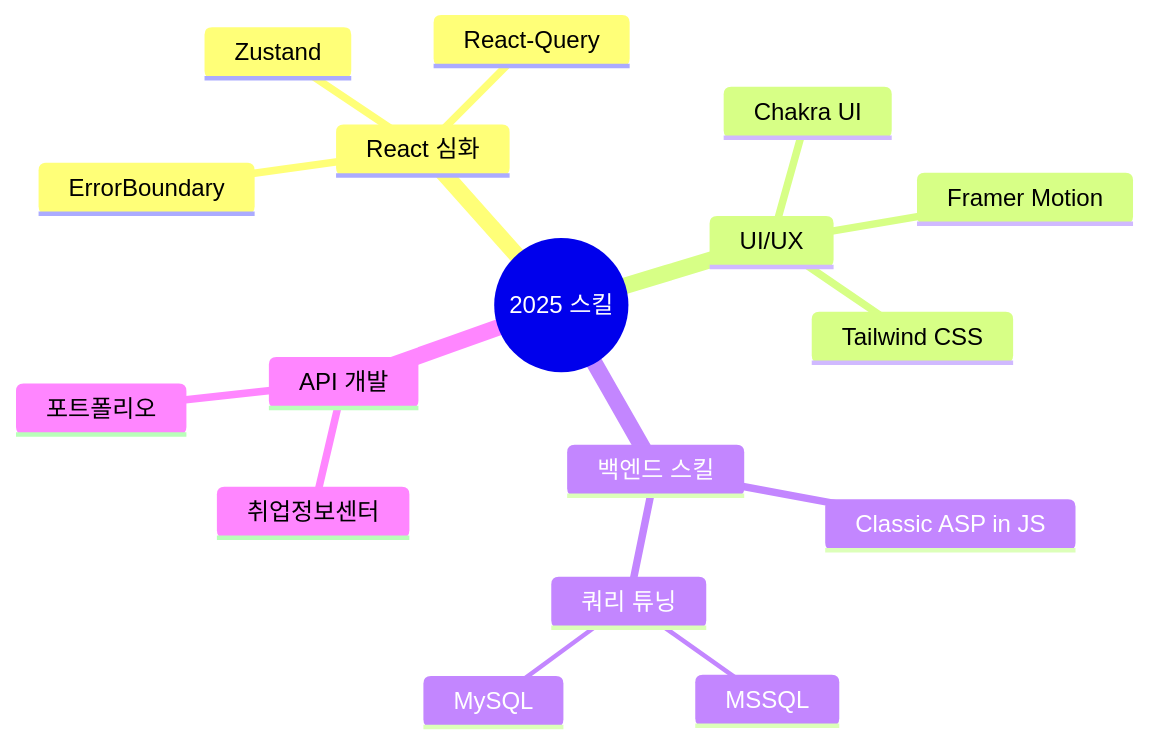
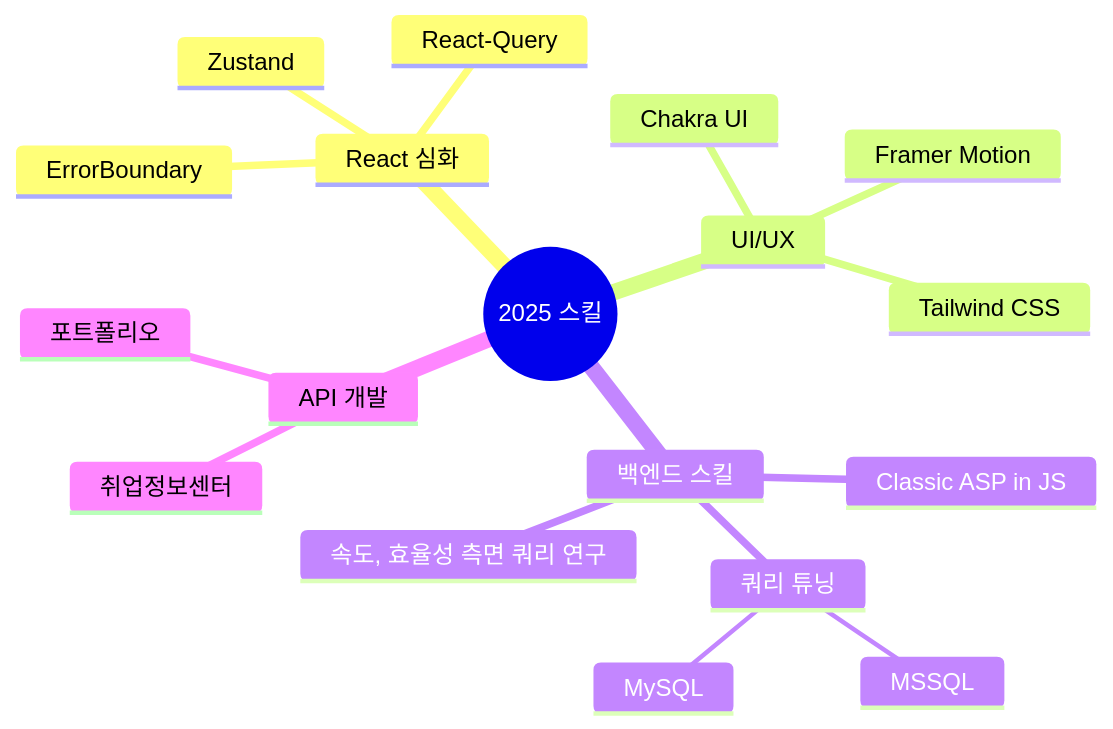
One commit to SnowsFE/SnowsFE changed the diagram in README.md. Above: the diagram before and after it, drawn with Mermaid. The commit also changed other lines of this file, not shown here.

````diff
--- a/README.md
+++ b/README.md
@@ -143,20 +143,21 @@
 ```mermaid
 mindmap
   root((2025 스킬))
     React 심화
       Zustand
       React-Query
       ErrorBoundary
     UI/UX
       Chakra UI
       Framer Motion
       Tailwind CSS
     백엔드 스킬
       Classic ASP in JS
       쿼리 튜닝
         MSSQL
         MySQL
+      속도, 효율성 측면 쿼리 연구
     API 개발
       취업정보센터
       포트폴리오
 ```
````
